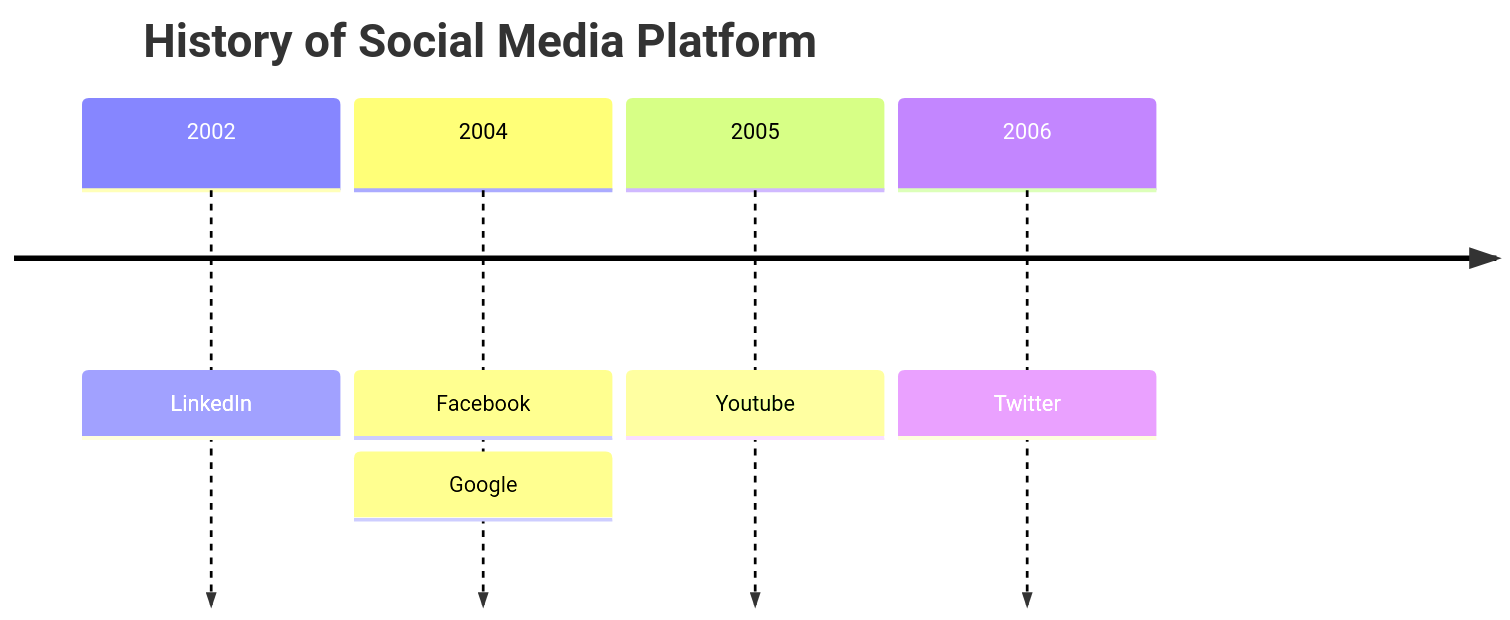
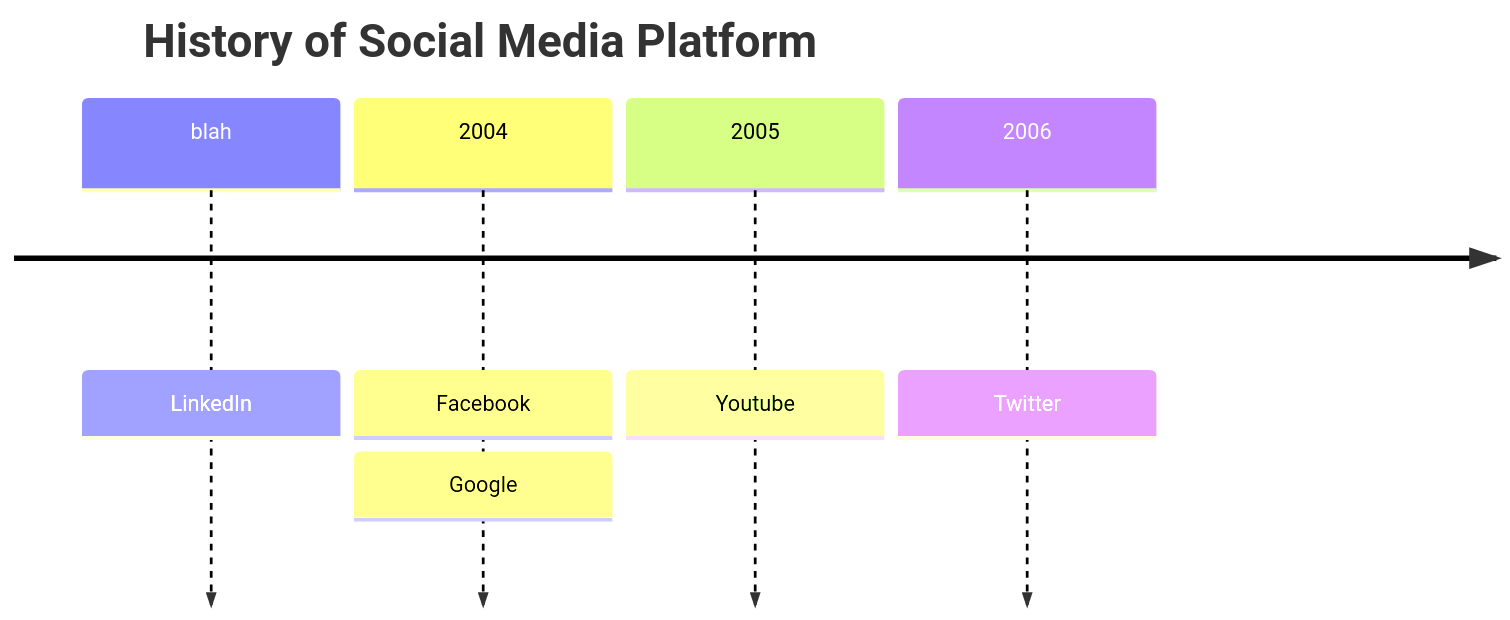
The diagram in README.md (GuySymonds/HistoryGCSE), drawn with Mermaid before and after one commit.

````diff
--- a/README.md
+++ b/README.md
@@ -4,9 +4,9 @@
 ```mermaid
 timeline
     title History of Social Media Platform
-    2002 : LinkedIn
+    blah : LinkedIn
     2004 : Facebook
          : Google
     2005 : Youtube
     2006 : Twitter
 ```
````
